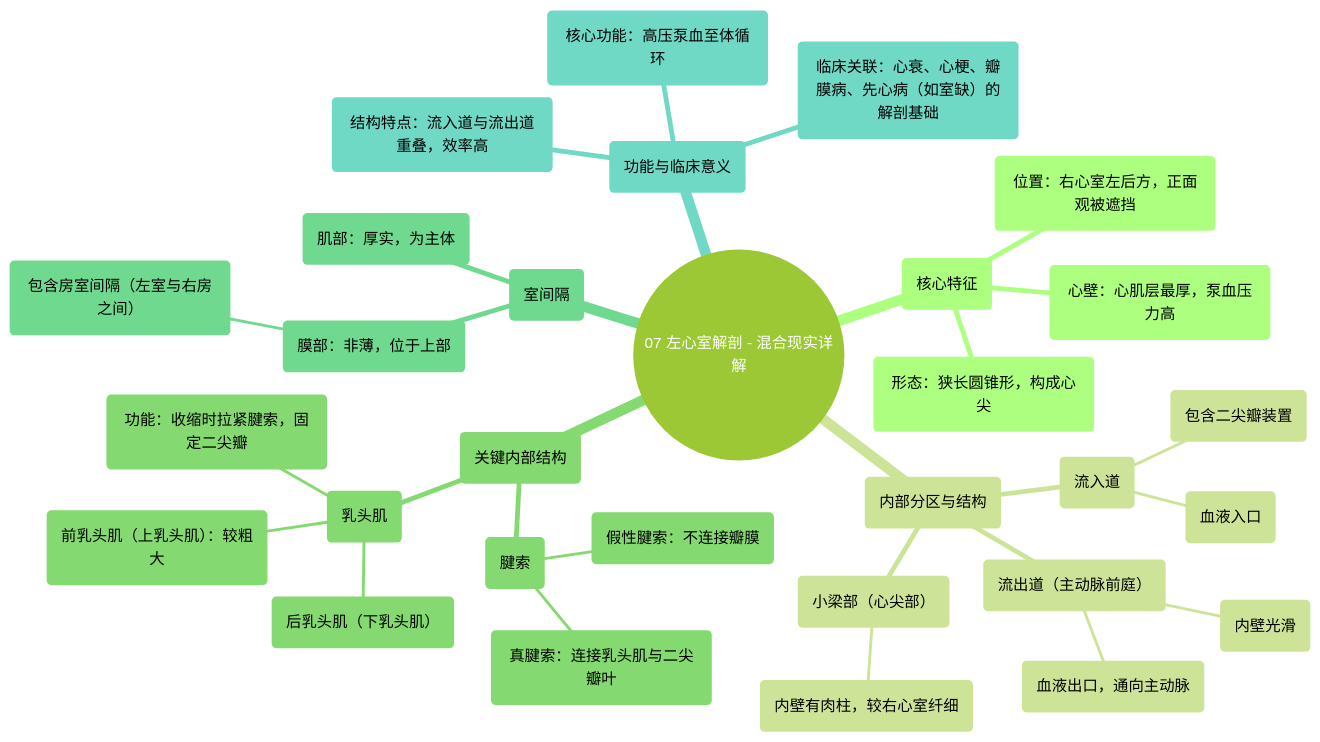
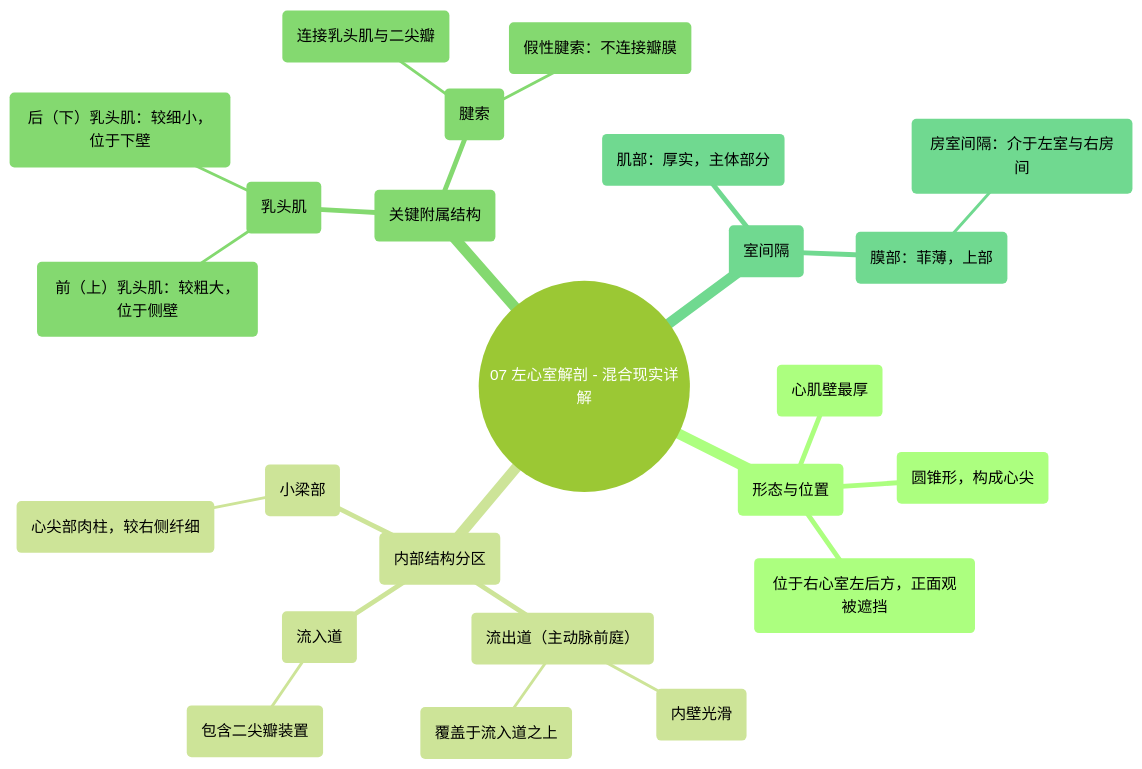
Before and after one commit to hello-47777/xinxueguan: the diagram in docs/专辑 01：心脏解剖学实景课 (Heart Anatomy - Course)/07 Left Ventricle Anatomy - Explained in Mixed Reality.md, drawn with Mermaid (forest theme). The commit also changed other lines of this file and 414 other files, not shown here.

````diff
--- a/docs/专辑 01：心脏解剖学实景课 (Heart Anatomy - Course)/07 Left Ventricle Anatomy - Explained in Mixed Reality.md
+++ b/docs/专辑 01：心脏解剖学实景课 (Heart Anatomy - Course)/07 Left Ventricle Anatomy - Explained in Mixed Reality.md
@@ -50,33 +51,27 @@
 ```mermaid
 mindmap
   root(("07 左心室解剖 - 混合现实详解"))
-    ("核心特征")
-      ("形态：狭长圆锥形，构成心尖")
-      ("位置：右心室左后方，正面观被遮挡")
-      ("心壁：心肌层最厚，泵血压力高")
-    ("内部分区与结构")
+    ("形态与位置")
+      ("圆锥形，构成心尖")
+      ("心肌壁最厚")
+      ("位于右心室左后方，正面观被遮挡")
+    ("内部结构分区")
       ("流入道")
         ("包含二尖瓣装置")
-        ("血液入口")
       ("流出道（主动脉前庭）")
         ("内壁光滑")
-        ("血液出口，通向主动脉")
-      ("小梁部（心尖部）")
-        ("内壁有肉柱，较右心室纤细")
-    ("关键内部结构")
+        ("覆盖于流入道之上")
+      ("小梁部")
+        ("心尖部肉柱，较右侧纤细")
+    ("关键附属结构")
       ("乳头肌")
-        ("前乳头肌（上乳头肌）：较粗大")
-        ("后乳头肌（下乳头肌）")
-        ("功能：收缩时拉紧腱索，固定二尖瓣")
+        ("前（上）乳头肌：较粗大，位于侧壁")
+        ("后（下）乳头肌：较细小，位于下壁")
       ("腱索")
-        ("真腱索：连接乳头肌与二尖瓣叶")
+        ("连接乳头肌与二尖瓣")
         ("假性腱索：不连接瓣膜")
     ("室间隔")
-      ("肌部：厚实，为主体")
-      ("膜部：非薄，位于上部")
-        ("包含房室间隔（左室与右房之间）")
-    ("功能与临床意义")
-      ("核心功能：高压泵血至体循环")
-      ("结构特点：流入道与流出道重叠，效率高")
-      ("临床关联：心衰、心梗、瓣膜病、先心病（如室缺）的解剖基础")
+      ("肌部：厚实，主体部分")
+      ("膜部：菲薄，上部")
+        ("房室间隔：介于左室与右房间")
 ```
````
